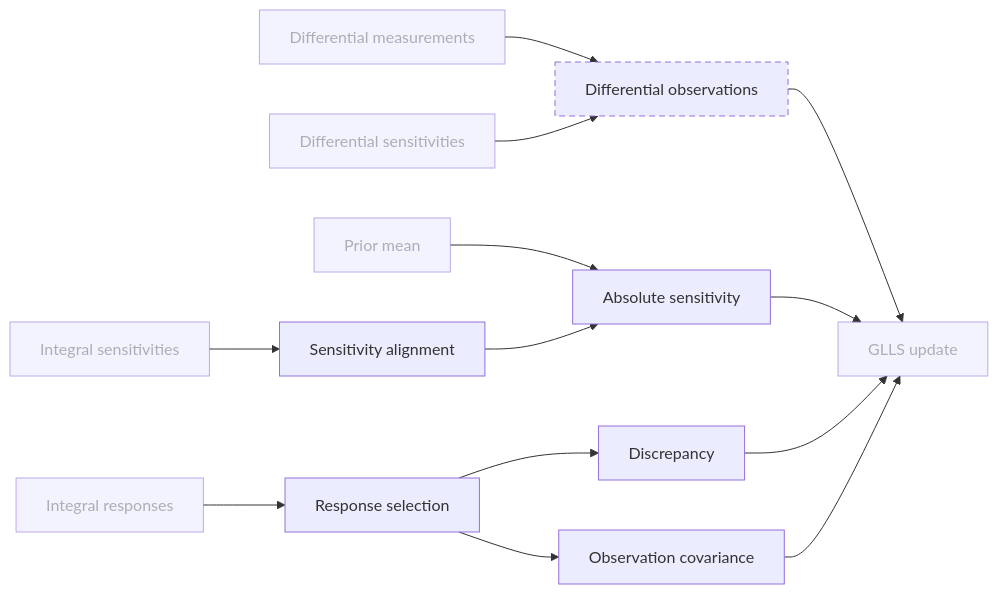
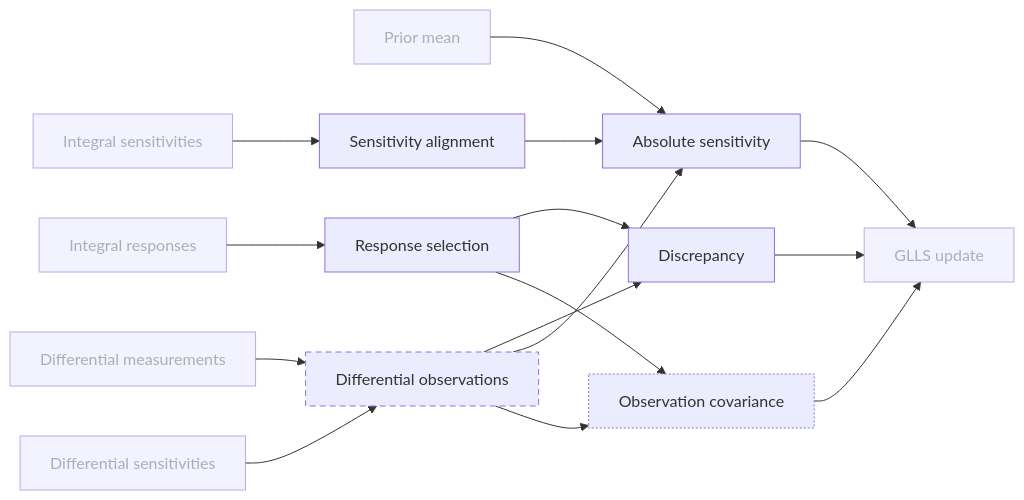
One commit to aurja130/WPEC_SG52 changed the fourth of 10 diagrams in DBC/CONCEPTS.md. Above: the diagram before and after it, drawn with Mermaid. The commit also changed other lines of this file and 2 other files, not shown here.

First line of the commit message:
Fix the Exercise 4 contract: Marini nu-bar as MT452, block-diagonal observation covariance

````diff
--- a/DBC/CONCEPTS.md
+++ b/DBC/CONCEPTS.md
@@ -171,27 +171,29 @@
 ```mermaid
 flowchart LR
   IntegralSet["Integral responses"]
   IntegralSensitivities["Integral sensitivities"]
   DifferentialSet["Differential measurements"]
   DifferentialSensitivities["Differential sensitivities"]
   PriorMean["Prior mean"]
   ResponseSelection["Response selection"]
   Discrepancy["Discrepancy"]
   SensitivityAlignment["Sensitivity alignment"]
   AbsoluteSensitivity["Absolute sensitivity"]
   ObservationCovariance["Observation covariance"]
   DifferentialObservations["Differential observations"]
   Glls["GLLS update"]
   IntegralSet --> ResponseSelection
   ResponseSelection --> Discrepancy
   ResponseSelection --> ObservationCovariance
   IntegralSensitivities --> SensitivityAlignment
   SensitivityAlignment & PriorMean --> AbsoluteSensitivity
   DifferentialSet & DifferentialSensitivities --> DifferentialObservations
-  Discrepancy & AbsoluteSensitivity & ObservationCovariance & DifferentialObservations --> Glls
+  DifferentialObservations --> Discrepancy & AbsoluteSensitivity & ObservationCovariance
+  Discrepancy & AbsoluteSensitivity & ObservationCovariance --> Glls
   classDef planned stroke-dasharray: 6 4
   classDef partial stroke-dasharray: 2 2
   classDef external opacity: 0.6
   class DifferentialObservations planned
+  class ObservationCovariance partial
   class IntegralSet,IntegralSensitivities,DifferentialSet,DifferentialSensitivities,PriorMean,Glls external
 ```
````
